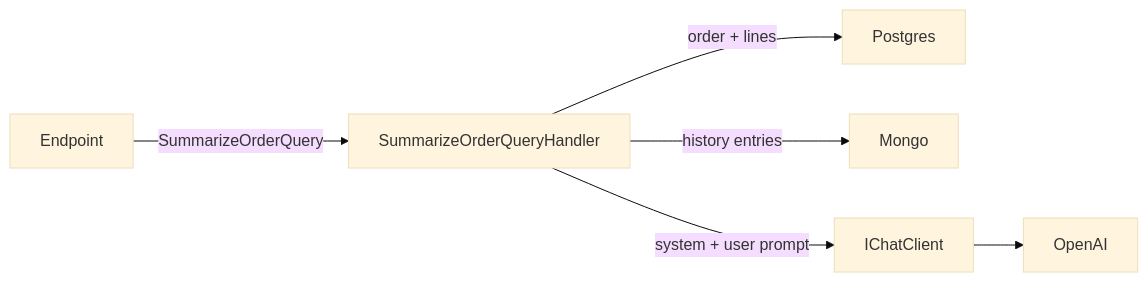
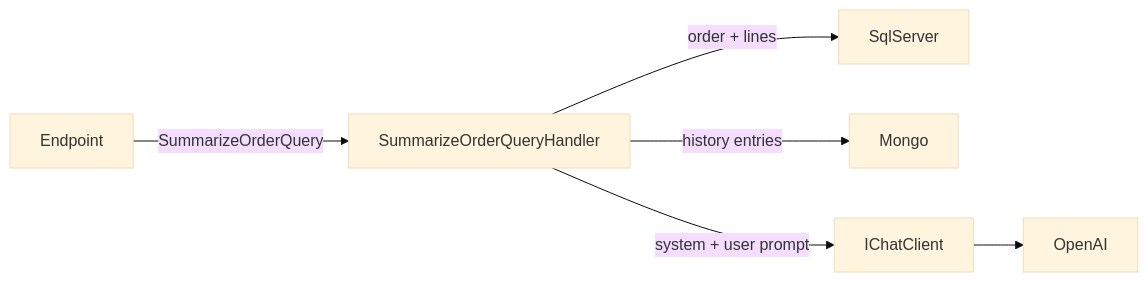
Before and after one commit to mgiuseppe/ProductApi_DotNet10: the diagram in docs/AI.md, drawn with Mermaid (base theme). The commit also changed other lines of this file and 28 other files, not shown here.

First line of the commit message:
Switch the relational store to SQL Server (Azure SQL) (#2)

````diff
--- a/docs/AI.md
+++ b/docs/AI.md
@@ -10,8 +10,8 @@
 ```mermaid
 flowchart LR
   Endpoint --> |SummarizeOrderQuery| Handler[SummarizeOrderQueryHandler]
-  Handler --> |order + lines| Postgres
+  Handler --> |order + lines| SqlServer
   Handler --> |history entries| Mongo
   Handler --> |system + user prompt| IChatClient
   IChatClient --> OpenAI
 ```
````
